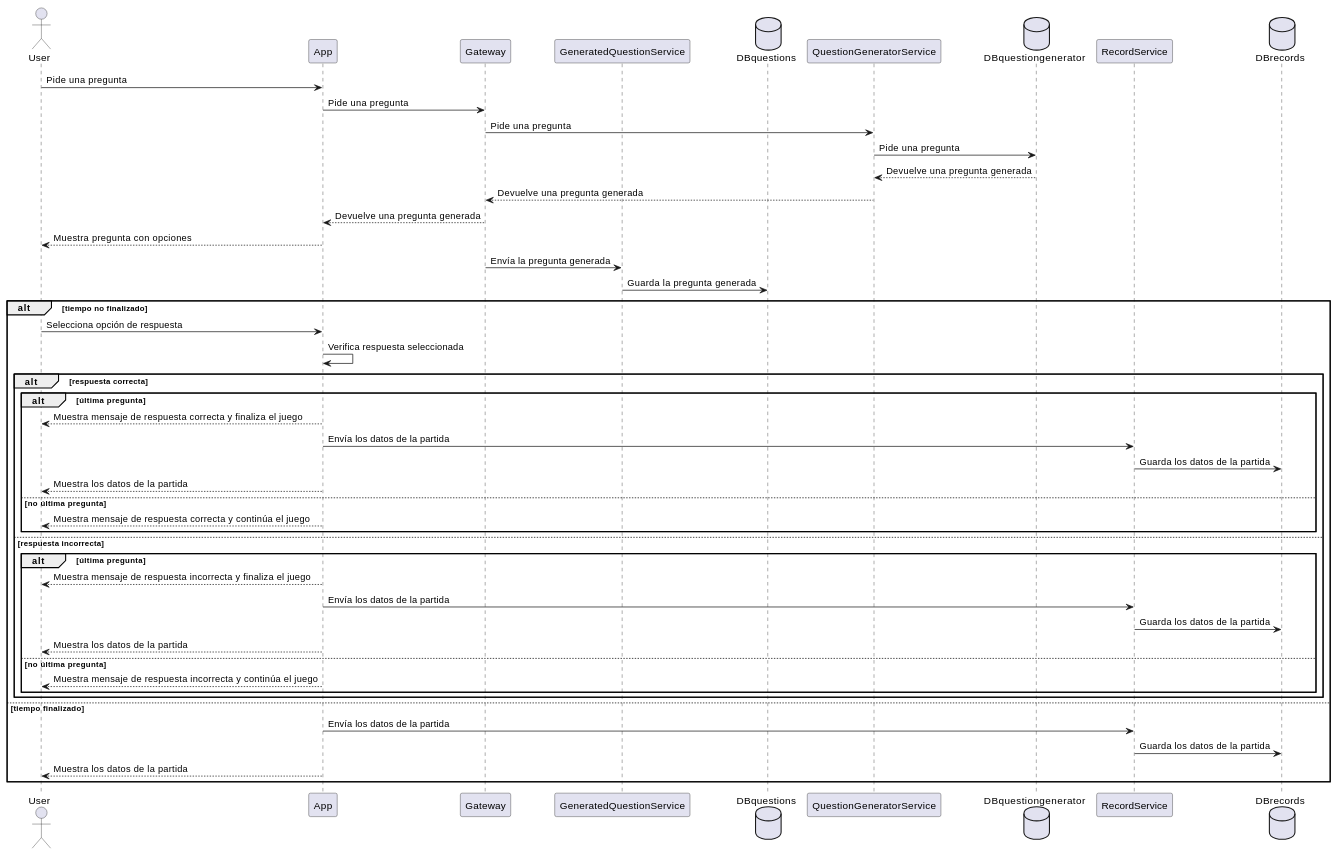
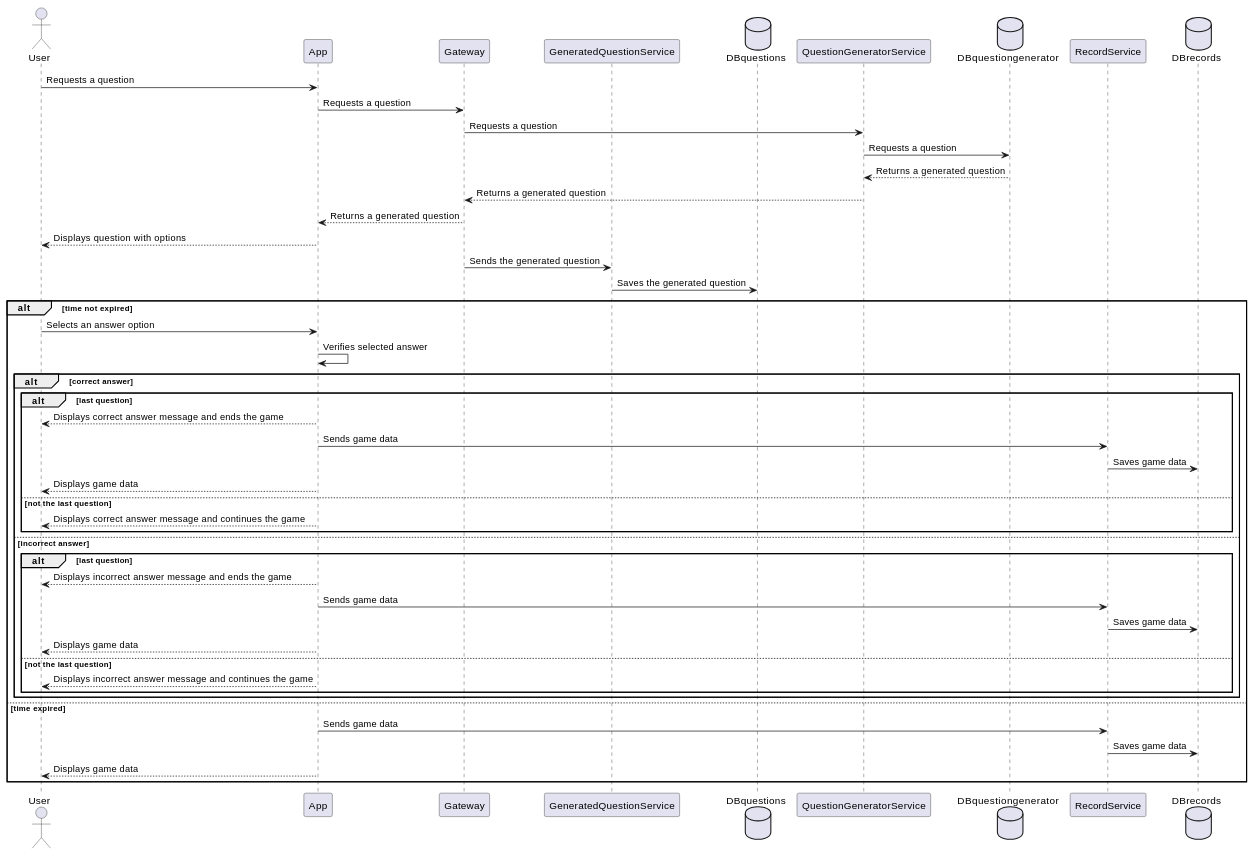
Before and after one commit to Arquisoft/wichat_es6b: the fourth of 5 diagrams in docs/src/06_runtime_view.adoc, drawn with PlantUML. The commit also changed other lines of this file, not shown here.

```diff
--- a/docs/src/06_runtime_view.adoc
+++ b/docs/src/06_runtime_view.adoc
@@ -123,51 +123,51 @@
 [plantuml, question_response, png]
 ----
 actor User
 participant App
 participant Gateway
 participant GeneratedQuestionService
 database DBquestions
 participant QuestionGeneratorService
 database DBquestiongenerator
 participant RecordService
 database DBrecords
 
-User -> App: Pide una pregunta
-App -> Gateway: Pide una pregunta
-Gateway -> QuestionGeneratorService: Pide una pregunta
-QuestionGeneratorService -> DBquestiongenerator: Pide una pregunta
-QuestionGeneratorService <-- DBquestiongenerator: Devuelve una pregunta generada
-Gateway <-- QuestionGeneratorService: Devuelve una pregunta generada
-App <-- Gateway: Devuelve una pregunta generada
-User <-- App: Muestra pregunta con opciones
-Gateway -> GeneratedQuestionService: Envía la pregunta generada
-GeneratedQuestionService -> DBquestions: Guarda la pregunta generada
+User -> App: Requests a question
+App -> Gateway: Requests a question
+Gateway -> QuestionGeneratorService: Requests a question
+QuestionGeneratorService -> DBquestiongenerator: Requests a question
+QuestionGeneratorService <-- DBquestiongenerator: Returns a generated question
+Gateway <-- QuestionGeneratorService: Returns a generated question
+App <-- Gateway: Returns a generated question
+User <-- App: Displays question with options
+Gateway -> GeneratedQuestionService: Sends the generated question
+GeneratedQuestionService -> DBquestions: Saves the generated question
 
-alt tiempo no finalizado
-    User -> App: Selecciona opción de respuesta
-    App -> App: Verifica respuesta seleccionada
-    alt respuesta correcta
-        alt última pregunta
-            User <-- App: Muestra mensaje de respuesta correcta y finaliza el juego
-            App -> RecordService: Envía los datos de la partida
-            RecordService -> DBrecords: Guarda los datos de la partida
-            User <-- App: Muestra los datos de la partida
-        else no última pregunta
-            User <-- App: Muestra mensaje de respuesta correcta y continúa el juego
+alt time not expired
+    User -> App: Selects an answer option
+    App -> App: Verifies selected answer
+    alt correct answer
+        alt last question
+            User <-- App: Displays correct answer message and ends the game
+            App -> RecordService: Sends game data
+            RecordService -> DBrecords: Saves game data
+            User <-- App: Displays game data
+        else not the last question
+            User <-- App: Displays correct answer message and continues the game
         end
-    else respuesta incorrecta
-        alt última pregunta
-            User <-- App: Muestra mensaje de respuesta incorrecta y finaliza el juego
-            App -> RecordService: Envía los datos de la partida
-            RecordService -> DBrecords: Guarda los datos de la partida
-            User <-- App: Muestra los datos de la partida
-        else no última pregunta
-            User <-- App: Muestra mensaje de respuesta incorrecta y continúa el juego
+    else incorrect answer
+        alt last question
+            User <-- App: Displays incorrect answer message and ends the game
+            App -> RecordService: Sends game data
+            RecordService -> DBrecords: Saves game data
+            User <-- App: Displays game data
+        else not the last question
+            User <-- App: Displays incorrect answer message and continues the game
         end
     end
-else tiempo finalizado
-    App -> RecordService: Envía los datos de la partida
-    RecordService -> DBrecords: Guarda los datos de la partida
-    User <-- App: Muestra los datos de la partida
+else time expired
+    App -> RecordService: Sends game data
+    RecordService -> DBrecords: Saves game data
+    User <-- App: Displays game data
 end
 ----
```
